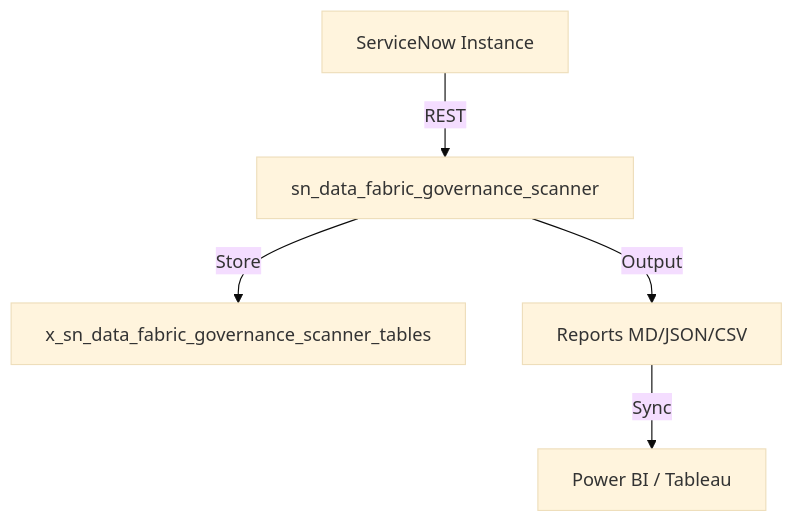
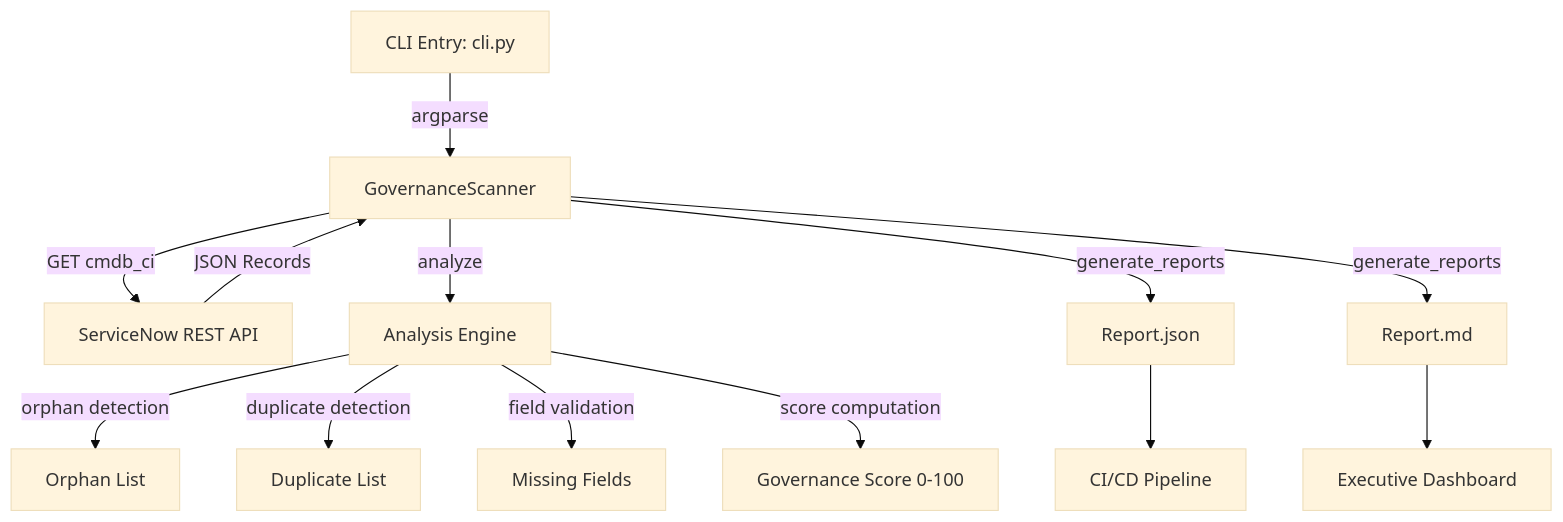
Before and after one commit to vladarchitectservicenow-oss/sn_data_fabric_governance_scanner: the diagram in README.md, drawn with Mermaid (base theme). The commit also changed other lines of this file and 13 other files, not shown here.

````diff
--- a/README.md
+++ b/README.md
@@ -94,7 +37,15 @@
 ```mermaid
 graph TD
-    SN[ServiceNow Instance] -->|REST| sn_data_fabric_governance_scanner
-    sn_data_fabric_governance_scanner -->|Store| DB[x_sn_data_fabric_governance_scanner_tables]
-    sn_data_fabric_governance_scanner -->|Output| Report[Reports MD/JSON/CSV]
-    Report -->|Sync| BI[Power BI / Tableau]
+    CLI[CLI Entry: cli.py] -->|argparse| SCANNER[GovernanceScanner]
+    SCANNER -->|GET cmdb_ci| SN[ServiceNow REST API]
+    SN -->|JSON Records| SCANNER
+    SCANNER -->|analyze| ENGINE[Analysis Engine]
+    ENGINE -->|orphan detection| O[Orphan List]
+    ENGINE -->|duplicate detection| D[Duplicate List]
+    ENGINE -->|field validation| M[Missing Fields]
+    ENGINE -->|score computation| S[Governance Score 0-100]
+    SCANNER -->|generate_reports| JSON[Report.json]
+    SCANNER -->|generate_reports| MD[Report.md]
+    JSON --> CI[CI/CD Pipeline]
+    MD --> DASH[Executive Dashboard]
 ```
````
